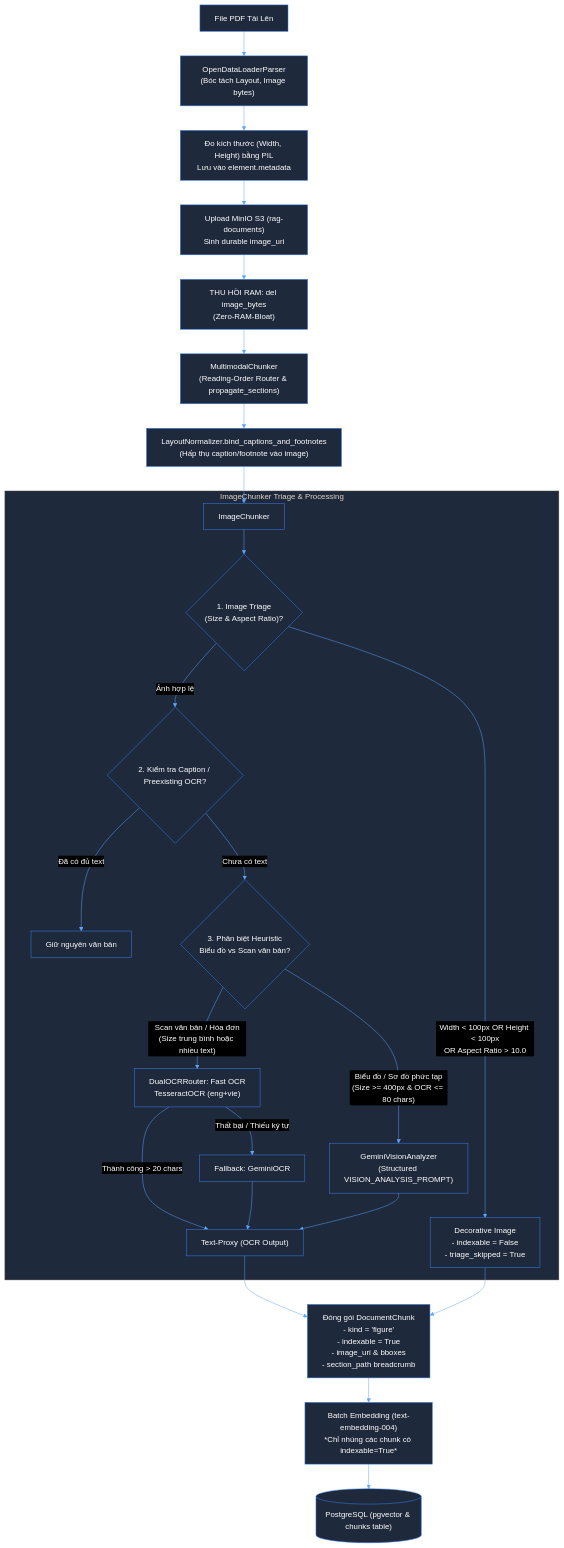
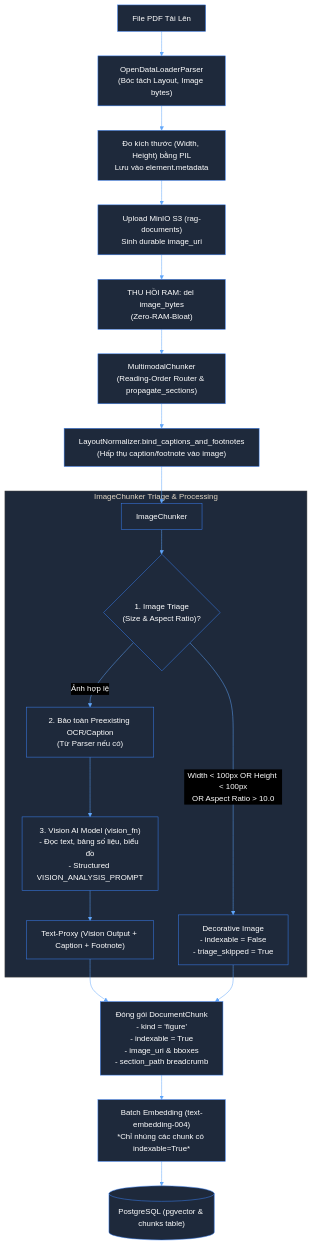
One commit to NDQuynh259/ragflow-api changed the first of 2 diagrams in docs/chunking/image_processing_architecture.md. Above: the diagram before and after it, drawn with Mermaid. The commit also changed other lines of this file and 50 other files, not shown here.

````diff
--- a/docs/chunking/image_processing_architecture.md
+++ b/docs/chunking/image_processing_architecture.md
@@ -30,48 +30,40 @@
 ```mermaid
 %%{init: {
   'theme': 'base',
   'themeVariables': {
     'darkMode': true,
     'textColor': '#ffffff',
     'primaryColor': '#1e293b',
     'primaryTextColor': '#ffffff',
     'primaryBorderColor': '#3b82f6',
     'lineColor': '#60a5fa',
     'secondaryColor': '#0f172a',
     'tertiaryColor': '#1e293b'
   }
 }}%%
 flowchart TD
     A["File PDF Tải Lên"] --> B["OpenDataLoaderParser<br/>(Bóc tách Layout, Image bytes)"]
     B --> C["Đo kích thước (Width, Height) bằng PIL<br/>Lưu vào element.metadata"]
     C --> D["Upload MinIO S3 (rag-documents)<br/>Sinh durable image_uri"]
     
     D --> E["THU HỒI RAM: del image_bytes<br/>(Zero-RAM-Bloat)"]
     E --> F["MultimodalChunker<br/>(Reading-Order Router & propagate_sections)"]
     
     F --> G["LayoutNormalizer.bind_captions_and_footnotes<br/>(Hấp thụ caption/footnote vào image)"]
     G --> H["ImageChunker"]
     
     subgraph ImageChunker Triage & Processing
         H --> I{"1. Image Triage<br/>(Size & Aspect Ratio)?"}
         I -- "Width < 100px OR Height < 100px<br/>OR Aspect Ratio > 10.0" --> J["Decorative Image<br/>- indexable = False<br/>- triage_skipped = True"]
         
-        I -- "Ảnh hợp lệ" --> K{"2. Kiểm tra Caption / Preexisting OCR?"}
-        K -- "Đã có đủ text" --> L["Giữ nguyên văn bản"]
-        
-        K -- "Chưa có text" --> M{"3. Phân biệt Heuristic<br/>Biểu đồ vs Scan văn bản?"}
-        M -- "Scan văn bản / Hóa đơn<br/>(Size trung bình hoặc nhiều text)" --> N["DualOCRRouter: Fast OCR<br/>TesseractOCR (eng+vie)"]
-        N -->|Thành công > 20 chars| Q["Text-Proxy (OCR Output)"]
-        N -->|Thất bại / Thiếu ký tự| O["Fallback: GeminiOCR"]
-        O --> Q
-        
-        M -- "Biểu đồ / Sơ đồ phức tạp<br/>(Size >= 400px & OCR <= 80 chars)" --> P["GeminiVisionAnalyzer<br/>(Structured VISION_ANALYSIS_PROMPT)"]
-        P --> Q
+        I -- "Ảnh hợp lệ" --> K["2. Bảo toàn Preexisting OCR/Caption<br/>(Từ Parser nếu có)"]
+        K --> L["3. Vision AI Model (vision_fn)<br/>- Đọc text, bảng số liệu, biểu đồ<br/>- Structured VISION_ANALYSIS_PROMPT"]
+        L --> Q["Text-Proxy (Vision Output + Caption + Footnote)"]
     end
     
     Q --> R["Đóng gói DocumentChunk<br/>- kind = 'figure'<br/>- indexable = True<br/>- image_uri & bboxes<br/>- section_path breadcrumb"]
     J --> R
     
     R --> S["Batch Embedding (text-embedding-004)<br/>*Chỉ nhúng các chunk có indexable=True*"]
     S --> T[("PostgreSQL (pgvector & chunks table)")]
 ```
````
